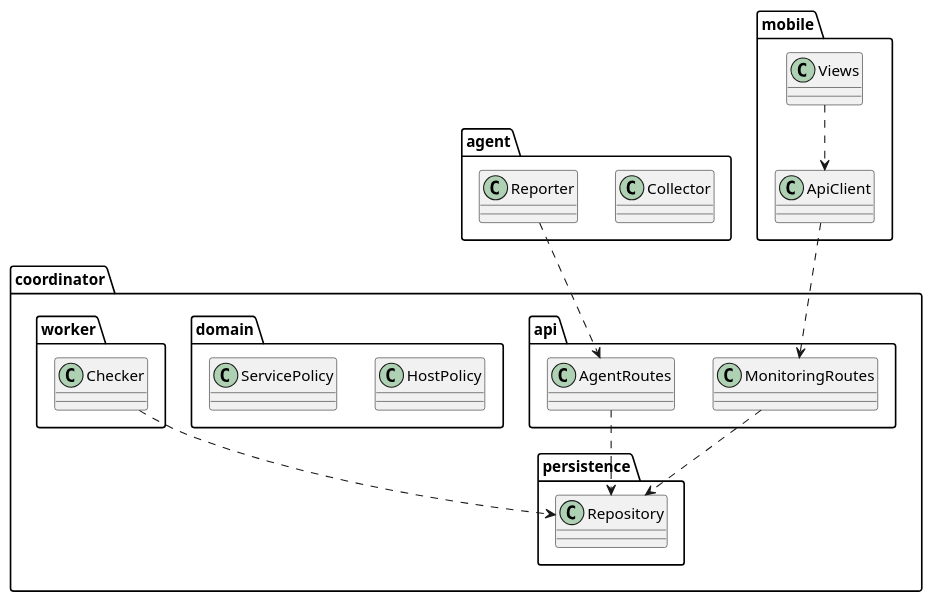
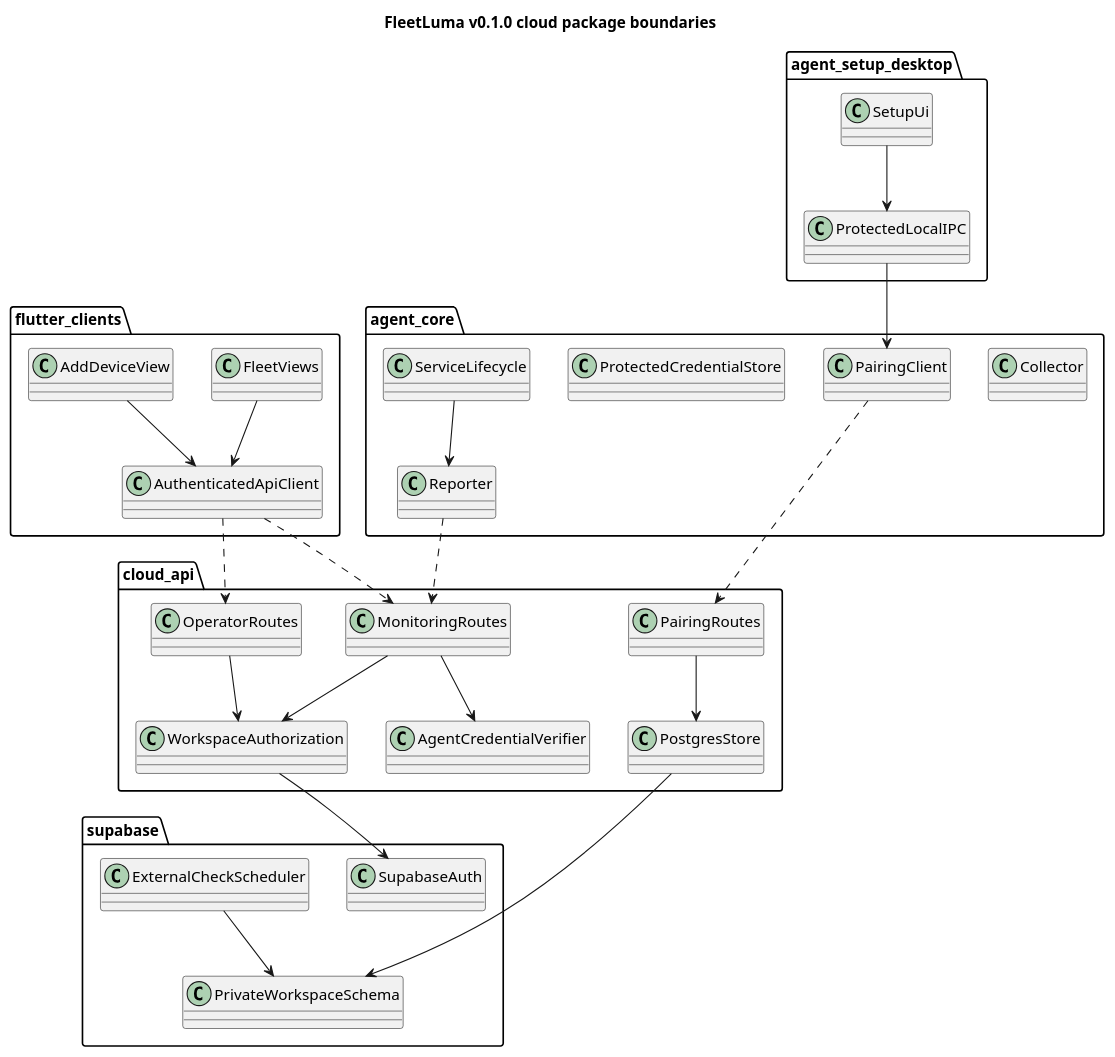
The diagram in docs/uml/plantuml/08_package.puml (Adam-BArbia/fleetluma), drawn with PlantUML before and after one commit.

Commit message:
docs(FL-31): reconcile remaining package and workflow UML 08_package.puml

```diff
--- a/docs/uml/plantuml/08_package.puml
+++ b/docs/uml/plantuml/08_package.puml
@@ -1,32 +1,48 @@
 @startuml 08_package
-package agent {
-  class Collector
-  class Reporter
+title FleetLuma v0.1.0 cloud package boundaries
+package "agent_core" {
+ class Collector
+ class Reporter
+ class PairingClient
+ class ProtectedCredentialStore
+ class ServiceLifecycle
 }
-package coordinator {
-  package api {
-    class AgentRoutes
-    class MonitoringRoutes
-  }
-  package domain {
-    class HostPolicy
-    class ServicePolicy
-  }
-  package persistence {
-    class Repository
-  }
-  package worker {
-    class Checker
-  }
+package "agent_setup_desktop" {
+ class SetupUi
+ class ProtectedLocalIPC
 }
-package mobile {
-  class Views
-  class ApiClient
+package "cloud_api" {
+ class PairingRoutes
+ class OperatorRoutes
+ class MonitoringRoutes
+ class WorkspaceAuthorization
+ class AgentCredentialVerifier
+ class PostgresStore
 }
-Reporter ..> AgentRoutes
-MonitoringRoutes ..> Repository
-AgentRoutes ..> Repository
-Checker ..> Repository
-Views ..> ApiClient
-ApiClient ..> MonitoringRoutes
+package "supabase" {
+ class PrivateWorkspaceSchema
+ class SupabaseAuth
+ class ExternalCheckScheduler
+}
+package "flutter_clients" {
+ class FleetViews
+ class AddDeviceView
+ class AuthenticatedApiClient
+}
+SetupUi --> ProtectedLocalIPC
+ProtectedLocalIPC --> PairingClient
+ServiceLifecycle --> Reporter
+Reporter ..> MonitoringRoutes
+PairingClient ..> PairingRoutes
+FleetViews --> AuthenticatedApiClient
+AddDeviceView --> AuthenticatedApiClient
+AuthenticatedApiClient ..> OperatorRoutes
+AuthenticatedApiClient ..> MonitoringRoutes
+PairingRoutes --> PostgresStore
+OperatorRoutes --> WorkspaceAuthorization
+MonitoringRoutes --> WorkspaceAuthorization
+MonitoringRoutes --> AgentCredentialVerifier
+WorkspaceAuthorization --> SupabaseAuth
+PostgresStore --> PrivateWorkspaceSchema
+ExternalCheckScheduler --> PrivateWorkspaceSchema
 @enduml
```
